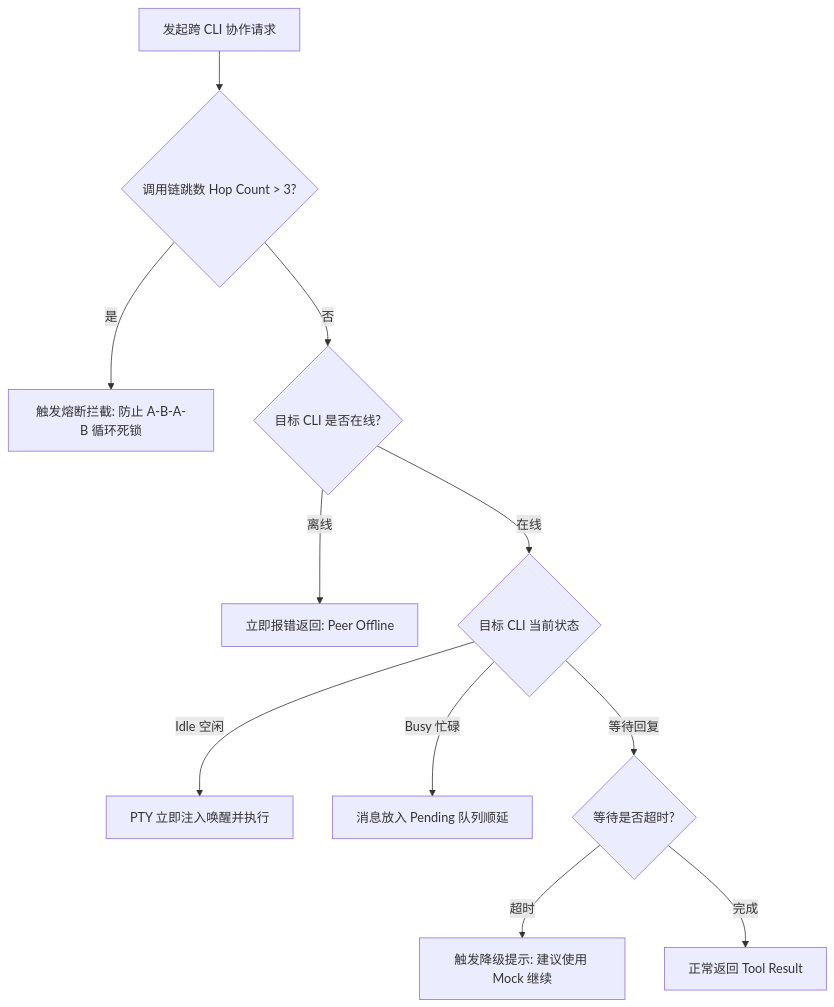
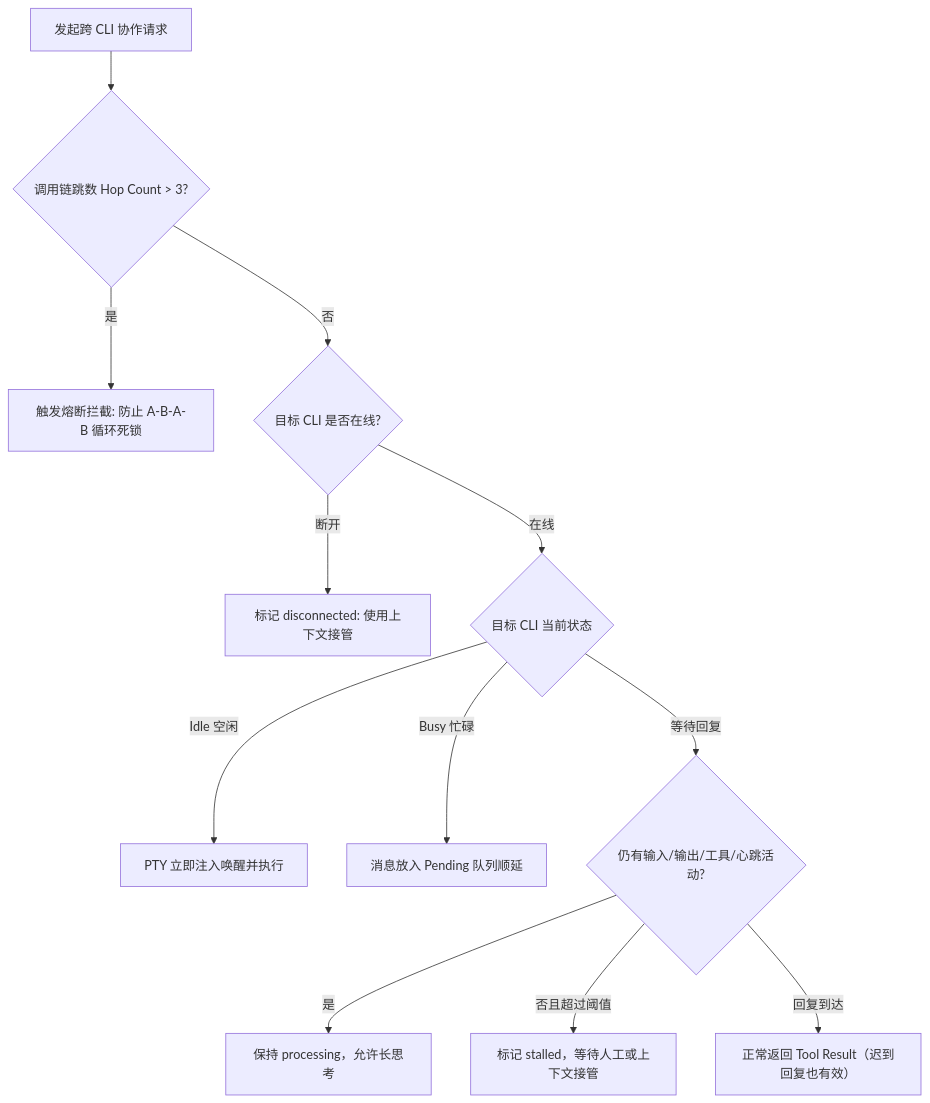
One commit to ASouthernCat/multi-ccp changed the third of 3 diagrams in docs/multi-agent-collaboration-architecture.md. Above: the diagram before and after it, drawn with Mermaid. The commit also changed other lines of this file and 10 other files, not shown here.

````diff
--- a/docs/multi-agent-collaboration-architecture.md
+++ b/docs/multi-agent-collaboration-architecture.md
@@ -221,13 +223,14 @@
 ```mermaid
 flowchart TD
     Start["发起跨 CLI 协作请求"] --> HopCheck{"调用链跳数 Hop Count > 3?"}
     HopCheck -- 是 --> Breaker["触发熔断拦截: 防止 A-B-A-B 循环死锁"]
     HopCheck -- 否 --> TargetCheck{"目标 CLI 是否在线?"}
-    TargetCheck -- 离线 --> ErrOffline["立即报错返回: Peer Offline"]
+    TargetCheck -- 断开 --> ErrOffline["标记 disconnected: 使用上下文接管"]
     TargetCheck -- 在线 --> StateCheck{"目标 CLI 当前状态"}
     StateCheck -- "Idle 空闲" --> PTYInject["PTY 立即注入唤醒并执行"]
     StateCheck -- "Busy 忙碌" --> Queue["消息放入 Pending 队列顺延"]
-    StateCheck -- "等待回复" --> TimeoutCheck{"等待是否超时?"}
-    TimeoutCheck -- 超时 --> Fallback["触发降级提示: 建议使用 Mock 继续"]
-    TimeoutCheck -- 完成 --> Finish["正常返回 Tool Result"]
+    StateCheck -- "等待回复" --> ActivityCheck{"仍有输入/输出/工具/心跳活动?"}
+    ActivityCheck -- 是 --> Processing["保持 processing，允许长思考"]
+    ActivityCheck -- 否且超过阈值 --> Stalled["标记 stalled，等待人工或上下文接管"]
+    ActivityCheck -- 回复到达 --> Finish["正常返回 Tool Result（迟到回复也有效）"]
 ```
````
